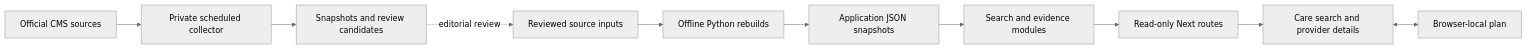
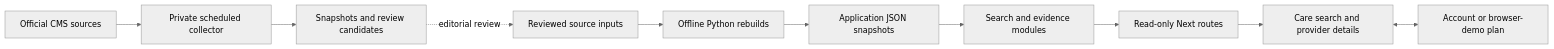
One commit to drsullivan13/eldercare-concierge changed the diagram in docs/architecture.md. Above: the diagram before and after it, drawn with Mermaid (neutral theme). The commit also changed other lines of this file and 4 other files, not shown here.

Commit message:
Clarify account-enabled setup and explicit local demo

````diff
--- a/docs/architecture.md
+++ b/docs/architecture.md
@@ -5,12 +5,12 @@
 ```mermaid
 flowchart LR
   Inputs[Reviewed source inputs] --> Rebuild[Offline Python rebuilds]
   Rebuild --> Snapshots[Application JSON snapshots]
   Snapshots --> Search[Search and evidence modules]
   Search --> Routes[Read-only Next routes]
   Routes --> Dashboard[Care search and provider details]
-  Dashboard <--> Workspace[Browser-local plan]
+  Dashboard <--> Workspace[Account or browser-demo plan]
   CMS[Official CMS sources] --> Worker[Private scheduled collector]
   Worker --> Queue[Snapshots and review candidates]
   Queue -. editorial review .-> Inputs
 ```
````
